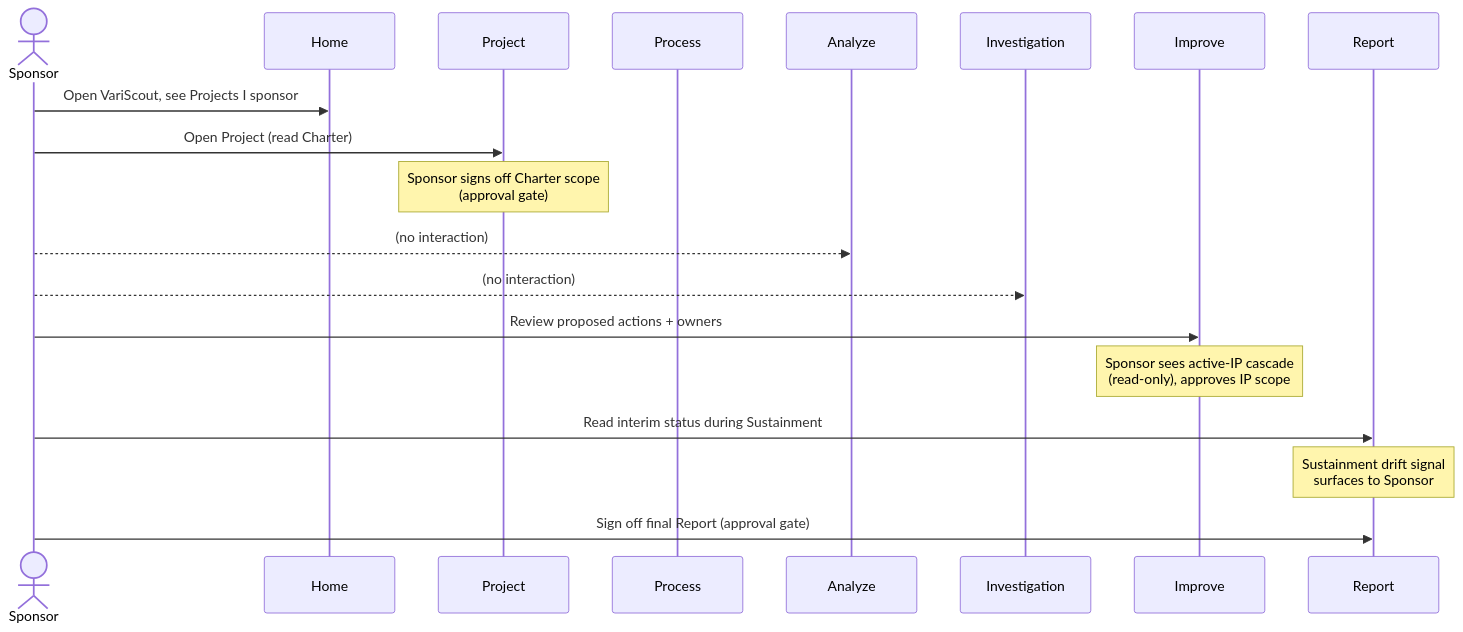
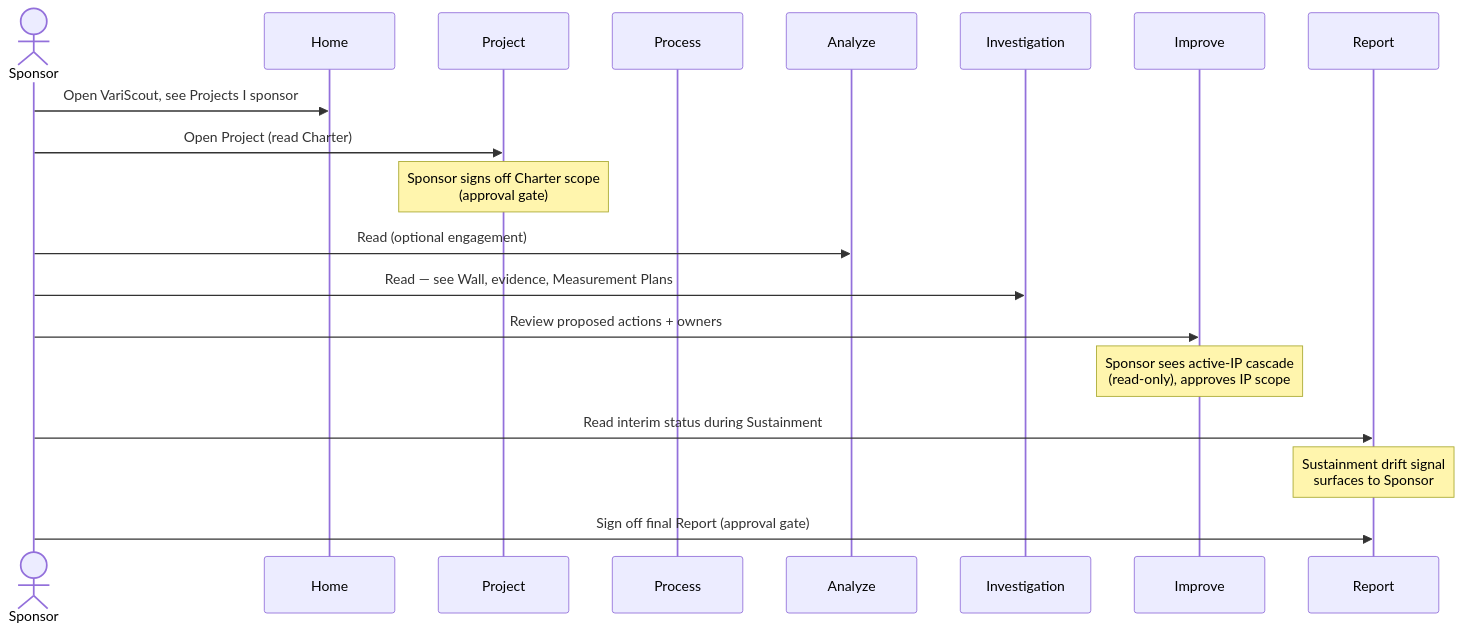
The diagram in docs/02-journeys/personas/sponsor.md (jukka-matti/variscout), drawn with Mermaid before and after one commit. The commit also changed other lines of this file and 3 other files, not shown here.

````diff
--- a/docs/02-journeys/personas/sponsor.md
+++ b/docs/02-journeys/personas/sponsor.md
@@ -38,22 +38,22 @@
 ```mermaid
 sequenceDiagram
     actor Sponsor
     participant Home as Home
     participant Project as Project
     participant Process as Process
     participant Analyze as Analyze
     participant Investigation as Investigation
     participant Improve as Improve
     participant Report as Report
 
     Sponsor->>Home: Open VariScout, see Projects I sponsor
     Sponsor->>Project: Open Project (read Charter)
     Note over Project: Sponsor signs off Charter scope<br/>(approval gate)
-    Sponsor-->>Analyze: (no interaction)
-    Sponsor-->>Investigation: (no interaction)
+    Sponsor->>Analyze: Read (optional engagement)
+    Sponsor->>Investigation: Read — see Wall, evidence, Measurement Plans
     Sponsor->>Improve: Review proposed actions + owners
     Note over Improve: Sponsor sees active-IP cascade<br/>(read-only), approves IP scope
     Sponsor->>Report: Read interim status during Sustainment
     Note over Report: Sustainment drift signal<br/>surfaces to Sponsor
     Sponsor->>Report: Sign off final Report (approval gate)
 ```
````
